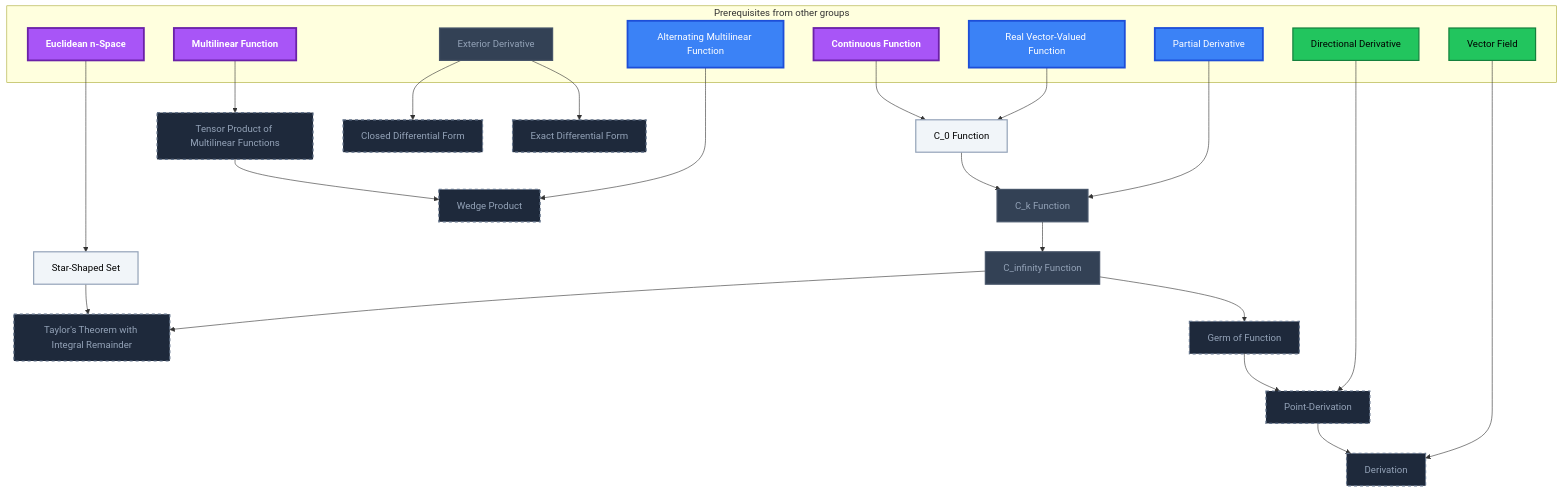
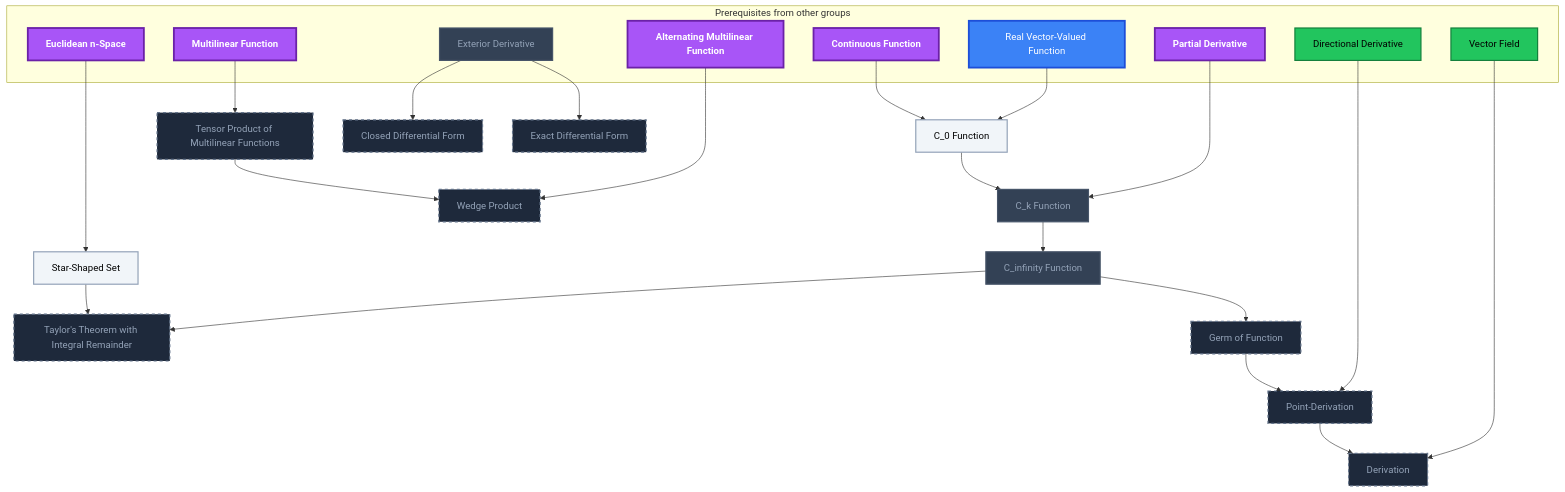
Diagram 12 of 21 in Gamification/Skill Trees/Differential Geometry.md (MRauf1/My-Notes), drawn with Mermaid before and after one commit. The commit also changed other lines of this file and 73 other files, not shown here.

````diff
--- a/Gamification/Skill Trees/Differential Geometry.md
+++ b/Gamification/Skill Trees/Differential Geometry.md
@@ -923,60 +923,60 @@
 ```mermaid
 flowchart TD
     classDef planned fill:#1E293B,stroke:#64748B,stroke-width:2px,stroke-dasharray:5 5,color:#94A3B8;
     classDef locked fill:#334155,stroke:#475569,stroke-width:2px,color:#94A3B8;
     classDef L0 fill:#F1F5F9,stroke:#94A3B8,stroke-width:2px,color:#000000;
     classDef L1 fill:#22C55E,stroke:#15803D,stroke-width:2px,color:#000000;
     classDef L2 fill:#3B82F6,stroke:#1D4ED8,stroke-width:3px,color:#FFFFFF;
     classDef L3 fill:#A855F7,stroke:#6B21A8,stroke-width:3px,color:#FFFFFF,font-weight:bold;
     classDef L4 fill:#F97316,stroke:#C2410C,stroke-width:4px,color:#000000,font-weight:bold;
     classDef L5 fill:#FFD700,stroke:#FF8C00,stroke-width:5px,color:#000000,font-weight:bold;
     classDef rusty stroke:#8B4513,stroke-width:4px,stroke-dasharray:3 3;
     subgraph sg_prereqs["Prerequisites from other groups"]
         n_continuous_function["Continuous Function"]
         n_real_vector_valued_function["Real Vector-Valued Function"]
         n_partial_derivative["Partial Derivative"]
         n_euclidean_n_space["Euclidean n-Space"]
         n_directional_derivative["Directional Derivative"]
         n_vector_field["Vector Field"]
         n_multilinear_function["Multilinear Function"]
         n_alternating_multilinear_function["Alternating Multilinear Function"]
         n_exterior_derivative["Exterior Derivative"]
     end
     n_c_0_function["C_0 Function"]
     n_c_k_function["C_k Function"]
     n_c_infinity_function["C_infinity Function"]
     n_star_shaped_set["Star-Shaped Set"]
     n_taylor_s_theorem_with_integral_remainder["Taylor's Theorem with Integral Remainder"]
     n_germ_of_function["Germ of Function"]
     n_point_derivation["Point-Derivation"]
     n_derivation["Derivation"]
     n_tensor_product_of_multilinear_functions["Tensor Product of Multilinear Functions"]
     n_wedge_product["Wedge Product"]
     n_closed_differential_form["Closed Differential Form"]
     n_exact_differential_form["Exact Differential Form"]
     n_continuous_function --> n_c_0_function
     n_real_vector_valued_function --> n_c_0_function
     n_c_0_function --> n_c_k_function
     n_partial_derivative --> n_c_k_function
     n_c_k_function --> n_c_infinity_function
     n_euclidean_n_space --> n_star_shaped_set
     n_star_shaped_set --> n_taylor_s_theorem_with_integral_remainder
     n_c_infinity_function --> n_taylor_s_theorem_with_integral_remainder
     n_c_infinity_function --> n_germ_of_function
     n_germ_of_function --> n_point_derivation
     n_directional_derivative --> n_point_derivation
     n_point_derivation --> n_derivation
     n_vector_field --> n_derivation
     n_multilinear_function --> n_tensor_product_of_multilinear_functions
     n_tensor_product_of_multilinear_functions --> n_wedge_product
     n_alternating_multilinear_function --> n_wedge_product
     n_exterior_derivative --> n_closed_differential_form
     n_exterior_derivative --> n_exact_differential_form
     class n_taylor_s_theorem_with_integral_remainder,n_germ_of_function,n_point_derivation,n_derivation,n_tensor_product_of_multilinear_functions,n_wedge_product,n_closed_differential_form,n_exact_differential_form planned;
     class n_exterior_derivative,n_c_k_function,n_c_infinity_function locked;
     class n_c_0_function,n_star_shaped_set L0;
     class n_directional_derivative,n_vector_field L1;
-    class n_real_vector_valued_function,n_partial_derivative,n_alternating_multilinear_function L2;
-    class n_continuous_function,n_euclidean_n_space,n_multilinear_function L3;
+    class n_real_vector_valued_function L2;
+    class n_continuous_function,n_partial_derivative,n_euclidean_n_space,n_multilinear_function,n_alternating_multilinear_function L3;
     class n_continuous_function,n_real_vector_valued_function,n_partial_derivative,n_euclidean_n_space,n_directional_derivative,n_vector_field,n_multilinear_function,n_alternating_multilinear_function,n_exterior_derivative,n_c_0_function,n_c_k_function,n_c_infinity_function,n_star_shaped_set internal-link;
 ```
````
